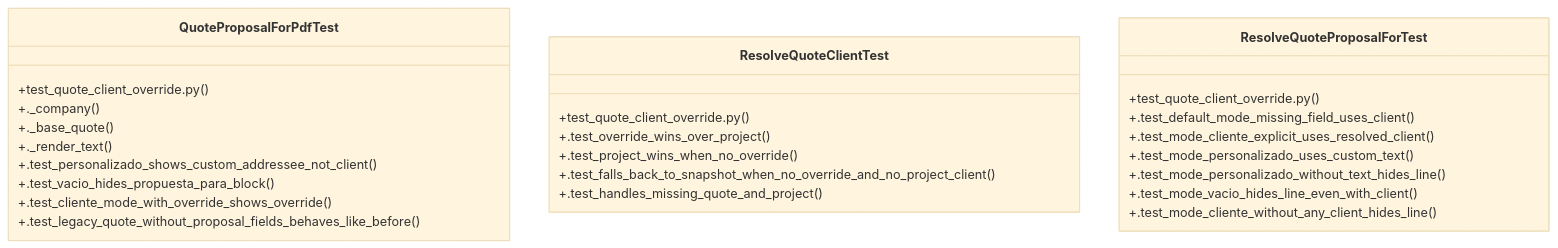
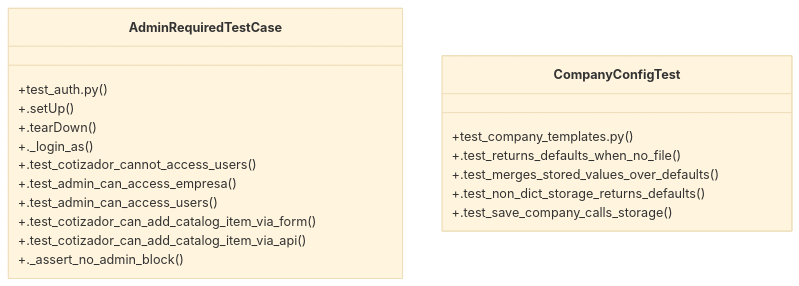
One commit to Daftrick/ProjectTracker changed the diagram in graphify-out/wiki/Community_18.md. Above: the diagram before and after it, drawn with Mermaid (base theme). The commit also changed other lines of this file and 471 other files, not shown here.

````diff
--- a/graphify-out/wiki/Community_18.md
+++ b/graphify-out/wiki/Community_18.md
@@ -36,29 +36,22 @@
 ```mermaid
 classDiagram
-    class QuoteProposalForPdfTest {
-        +test_quote_client_override.py()
-        +._company()
-        +._base_quote()
-        +._render_text()
-        +.test_personalizado_shows_custom_addressee_not_client()
-        +.test_vacio_hides_propuesta_para_block()
-        +.test_cliente_mode_with_override_shows_override()
-        +.test_legacy_quote_without_proposal_fields_behaves_like_before()
+    class AdminRequiredTestCase {
+        +test_auth.py()
+        +.setUp()
+        +.tearDown()
+        +._login_as()
+        +.test_cotizador_cannot_access_users()
+        +.test_admin_can_access_empresa()
+        +.test_admin_can_access_users()
+        +.test_cotizador_can_add_catalog_item_via_form()
+        +.test_cotizador_can_add_catalog_item_via_api()
+        +._assert_no_admin_block()
     }
-    class ResolveQuoteClientTest {
-        +test_quote_client_override.py()
-        +.test_override_wins_over_project()
-        +.test_project_wins_when_no_override()
-        +.test_falls_back_to_snapshot_when_no_override_and_no_project_client()
-        +.test_handles_missing_quote_and_project()
-    }
-    class ResolveQuoteProposalForTest {
-        +test_quote_client_override.py()
-        +.test_default_mode_missing_field_uses_client()
-        +.test_mode_cliente_explicit_uses_resolved_client()
-        +.test_mode_personalizado_uses_custom_text()
-        +.test_mode_personalizado_without_text_hides_line()
-        +.test_mode_vacio_hides_line_even_with_client()
-        +.test_mode_cliente_without_any_client_hides_line()
+    class CompanyConfigTest {
+        +test_company_templates.py()
+        +.test_returns_defaults_when_no_file()
+        +.test_merges_stored_values_over_defaults()
+        +.test_non_dict_storage_returns_defaults()
+        +.test_save_company_calls_storage()
     }
 ```
````
